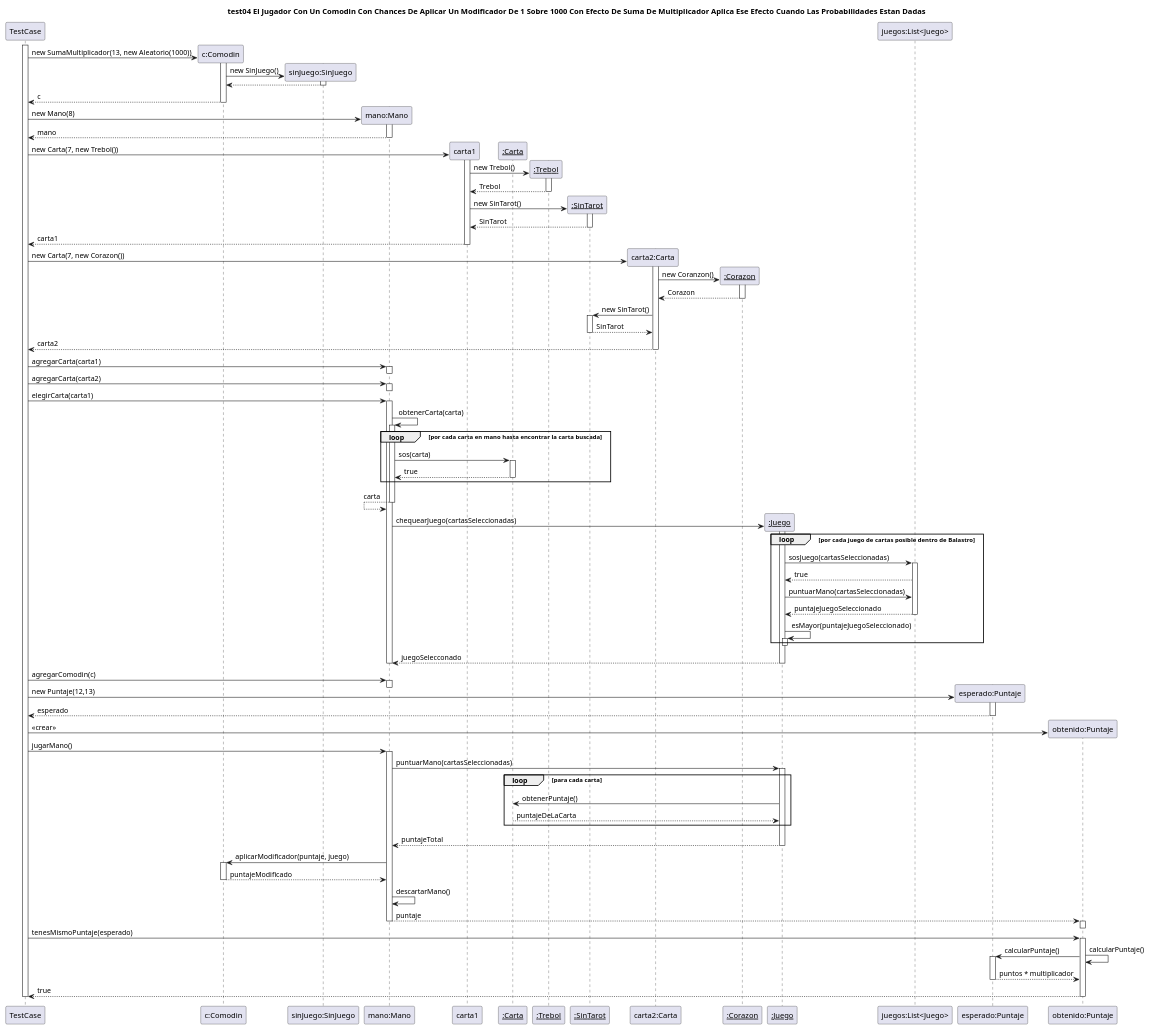
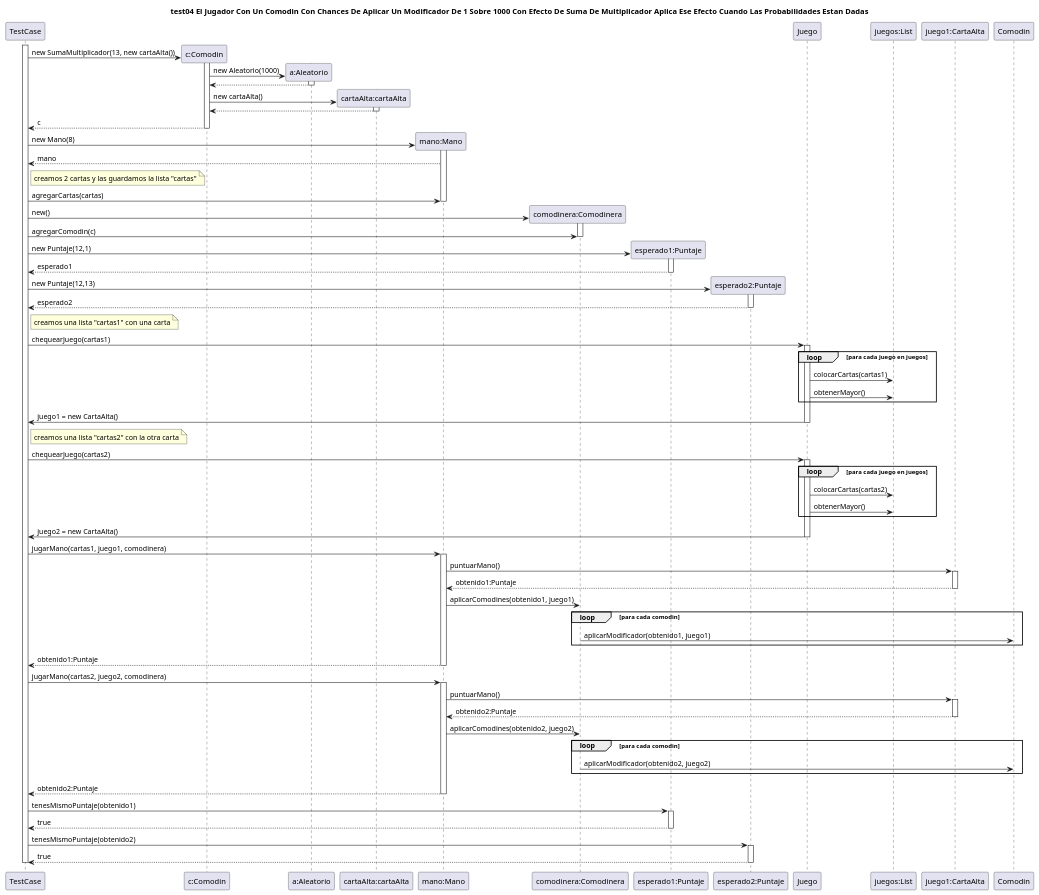
Before and after one commit to facukresta/g06-tp2-2c-2024: the diagram in diagrams/sequences/casoDeUso4.puml, drawn with PlantUML. The commit also changed 7 other files, not shown here.

Commit message:
Actualice los diagramas de secuencia

```diff
--- a/diagrams/sequences/casoDeUso4.puml
+++ b/diagrams/sequences/casoDeUso4.puml
@@ -1,135 +1,108 @@
 @startuml casoDeUso4
 title "test04 El Jugador Con Un Comodin Con Chances De Aplicar Un Modificador De 1 Sobre 1000 Con Efecto De Suma De Multiplicador Aplica Ese Efecto Cuando Las Probabilidades Estan Dadas"
 !pragma teoz true
 
 participant "TestCase" as TestCase
 
 activate TestCase
 
-TestCase -> "c:Comodin" as comodin **: new SumaMultiplicador(13, new Aleatorio(1000))
+TestCase -> "c:Comodin" as comodin **: new SumaMultiplicador(13, new cartaAlta())
 
 activate comodin
-comodin -> "sinJuego:SinJuego" as sinJuego ** : new SinJuego()
-activate sinJuego
-comodin <-- sinJuego
-deactivate sinJuego
+comodin -> "a:Aleatorio" as aleatorio **: new Aleatorio(1000)
+activate aleatorio
+comodin <-- aleatorio
+deactivate aleatorio
+comodin -> "cartaAlta:cartaAlta" as cartaAlta ** : new cartaAlta()
+activate cartaAlta
+comodin <-- cartaAlta
+deactivate cartaAlta
 TestCase <-- comodin : c
 deactivate comodin
+
 
 TestCase -> "mano:Mano" as mano **: new Mano(8)
 activate mano
 TestCase <-- mano : mano
+note right of TestCase: creamos 2 cartas y las guardamos la lista "cartas"
+TestCase -> mano : agregarCartas(cartas)
 deactivate mano
 
-carta1 -[hidden]-> "__:Carta__" as instanciaCarta **: blank
-& TestCase -> "carta1:Carta" as carta1 **: new Carta(7, new Trebol())
-activate carta1
-carta1 -> "__:Trebol__" as trebol **: new Trebol()
-activate trebol
-carta1 <-- trebol : Trebol
-deactivate trebol
-carta1 -> "__:SinTarot__" as sinTarot **: new SinTarot()
-activate sinTarot
-carta1 <-- sinTarot : SinTarot
-deactivate sinTarot
-TestCase <-- carta1 : carta1
-deactivate carta1
+TestCase -> "comodinera:Comodinera" as comodinera **: new()
+activate comodinera
+TestCase -> comodinera : agregarComodin(c)
+deactivate comodinera
 
-TestCase -> "carta2:Carta" as carta2 **: new Carta(7, new Corazon())
-activate carta2
-carta2 -> "__:Corazon__" as corazon **: new Coranzon()
-activate corazon
-carta2 <-- corazon: Corazon
-deactivate corazon
-carta2 -> sinTarot : new SinTarot()
-activate sinTarot
-carta2 <-- sinTarot : SinTarot
-deactivate sinTarot
-TestCase <-- carta2 : carta2
-deactivate carta2
+TestCase -> "esperado1:Puntaje" as esperado1 **: new Puntaje(12,1)
+activate esperado1
+TestCase <-- esperado1 : esperado1
+deactivate esperado1
 
-TestCase -> mano : agregarCarta(carta1)
+
+TestCase -> "esperado2:Puntaje" as esperado2 **: new Puntaje(12,13)
+activate esperado2
+TestCase <-- esperado2 : esperado2
+deactivate esperado2
+
+note right of TestCase: creamos una lista "cartas1" con una carta
+TestCase -> "Juego" as juego : chequearJuego(cartas1)
+activate juego
+loop para cada juego en juegos
+juego -> "juegos:List" as juegos : colocarCartas(cartas1)
+juego -> juegos: obtenerMayor()
+end
+TestCase <- juego : juego1 = new CartaAlta()
+deactivate juego
+
+note right of TestCase: creamos una lista "cartas2" con la otra carta
+TestCase -> "Juego" as juego : chequearJuego(cartas2)
+activate juego
+loop para cada juego en juegos
+juego -> "juegos:List" as juegos : colocarCartas(cartas2)
+juego -> juegos: obtenerMayor()
+end
+TestCase <- juego : juego2 = new CartaAlta()
+deactivate juego
+
+
+TestCase -> mano : jugarMano(cartas1, juego1, comodinera)
 activate mano
+mano -> "juego1:CartaAlta" as mejor:  puntuarMano()
+
+activate mejor
+mano <-- mejor : obtenido1:Puntaje
+deactivate mejor
+mano -> comodinera : aplicarComodines(obtenido1, juego1)
+loop para cada comodin
+comodinera -> "Comodin" : aplicarModificador(obtenido1, juego1)
+end
+TestCase <-- mano : obtenido1:Puntaje
 deactivate mano
 
-TestCase -> mano : agregarCarta(carta2)
+TestCase -> mano : jugarMano(cartas2, juego2, comodinera)
 activate mano
+mano -> "juego2:CartaAlta" as mejor:  puntuarMano()
+
+activate mejor
+mano <-- mejor : obtenido2:Puntaje
+deactivate mejor
+mano -> comodinera : aplicarComodines(obtenido2, juego2)
+loop para cada comodin
+comodinera -> "Comodin" : aplicarModificador(obtenido2, juego2)
+end
+TestCase <-- mano : obtenido2:Puntaje
 deactivate mano
 
+TestCase -> esperado1 : tenesMismoPuntaje(obtenido1)
+activate esperado1
+TestCase <-- esperado1 : true
+deactivate esperado1
 
-TestCase -> mano : elegirCarta(carta1)
-activate mano
-mano -> mano : obtenerCarta(carta)
-activate mano
-loop por cada carta en mano hasta encontrar la carta buscada
-mano -> "__:Carta__" as instanciaCarta : sos(carta)
-activate instanciaCarta
-instanciaCarta --> mano : true
-deactivate instanciaCarta
-end
-mano <-- mano : carta
-deactivate mano
-mano -> "__:Juego__" as juego **: chequearJuego(cartasSeleccionadas)
-activate juego
-loop por cada juego de cartas posible dentro de Balastro
-juego -> "juegos:List<Juego>" as juegos : sosJuego(cartasSeleccionadas)
-activate juegos
-juegos --> juego : true
-juego -> juegos : puntuarMano(cartasSeleccionadas)
-juego <-- juegos : puntajeJuegoSeleccionado
-deactivate juegos
-juego -> juego : esMayor(puntajeJuegoSeleccionado)
-
-activate juego
-deactivate juego
-end
-mano <-- juego : juegoSelecconado
-deactivate instanciaCarta
-deactivate juego
-deactivate mano
-
-TestCase -> mano : agregarComodin(c)
-activate mano
-deactivate mano
-
-TestCase -> "esperado:Puntaje" as esperado **: new Puntaje(12,13)
-activate esperado
-TestCase <-- esperado : esperado
-deactivate esperado
-
-TestCase -> "obtenido:Puntaje" as obtenido **: <<crear>>
-
-TestCase -> mano : jugarMano()
-activate mano 
-mano -> juego : puntuarMano(cartasSeleccionadas)
-activate juego
-loop para cada carta
-juego -> instanciaCarta : obtenerPuntaje()
-juego <--instanciaCarta : puntajeDeLaCarta
-end
-mano <-- juego : puntajeTotal
-deactivate juego
-mano -> comodin : aplicarModificador(puntaje, juego)
-activate comodin
-comodin --> mano : puntajeModificado
-deactivate comodin
-mano -> mano : descartarMano()
-obtenido <-- mano : puntaje
-activate obtenido
-deactivate obtenido
-deactivate mano
-
-
-obtenido <- TestCase : tenesMismoPuntaje(esperado)
-activate obtenido
-obtenido -> obtenido : calcularPuntaje()
- & obtenido -> esperado : calcularPuntaje()
-activate esperado
-esperado --> obtenido : puntos * multiplicador
-deactivate esperado
-obtenido --> TestCase: true
-deactivate obtenido
+TestCase -> esperado2 : tenesMismoPuntaje(obtenido2)
+activate esperado2
+TestCase <-- esperado2 : true
+deactivate esperado2
 
 deactivate TestCase
 
 @enduml
```
